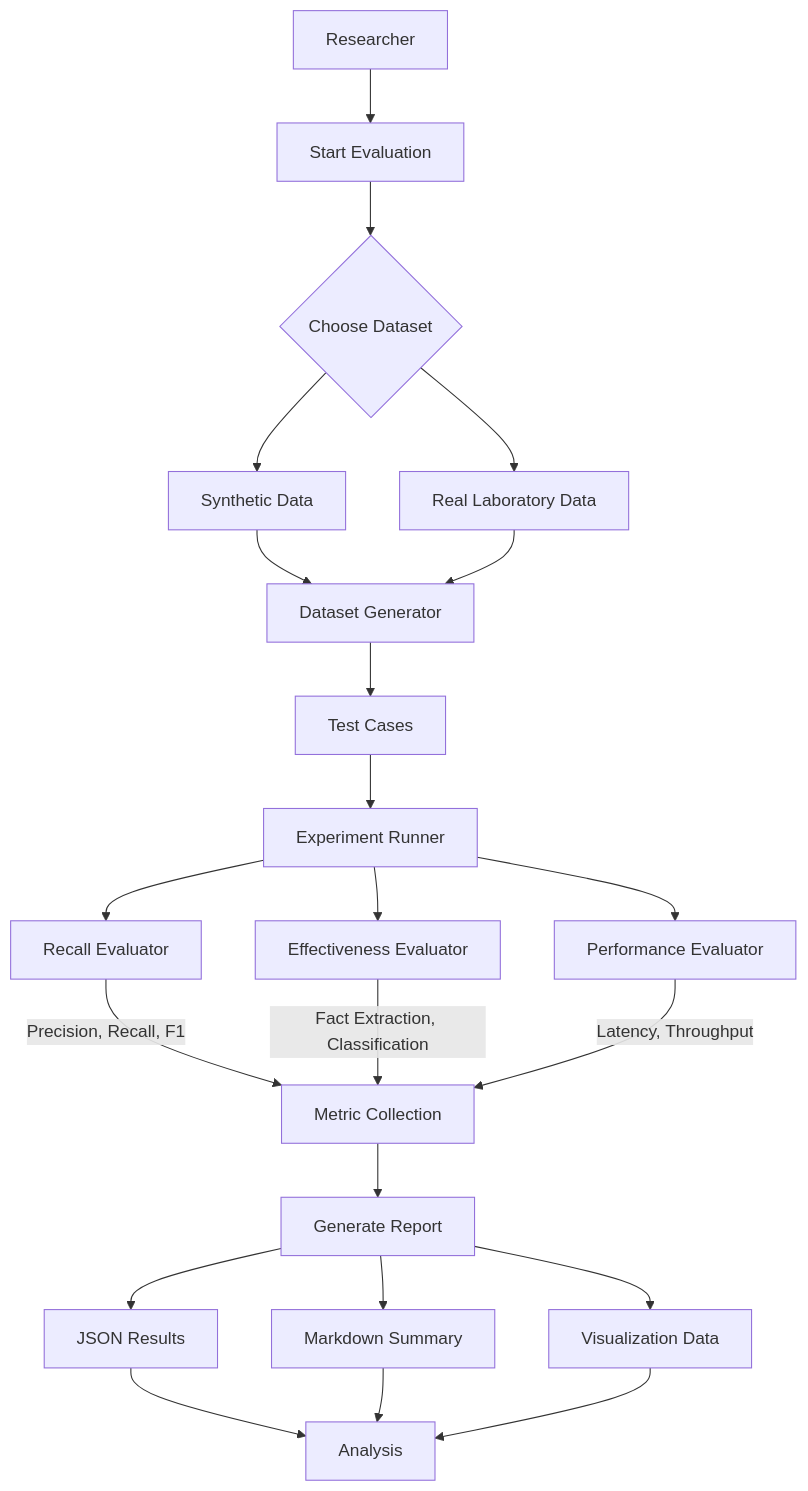
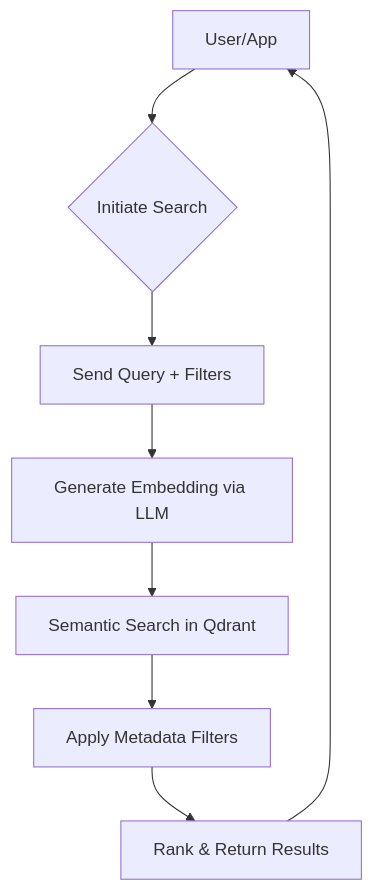
The third of 9 diagrams in litho.docs/3.Workflow.md (sopaco/cortex-mem), drawn with Mermaid before and after one commit. The commit also changed other lines of this file and 14 other files, not shown here.

````diff
--- a/litho.docs/3.Workflow.md
+++ b/litho.docs/3.Workflow.md
@@ -145,24 +125,10 @@
 ```mermaid
 graph TD
-    A[Researcher] --> B[Start Evaluation]
-    B --> C{Choose Dataset}
-    C --> D[Synthetic Data]
-    C --> E[Real Laboratory Data]
-    D --> F[Dataset Generator]
-    E --> F
-    F --> G[Test Cases]
-    G --> H[Experiment Runner]
-    H --> I[Recall Evaluator]
-    H --> J[Effectiveness Evaluator]
-    H --> K[Performance Evaluator]
-    I -->|Precision, Recall, F1| L[Metric Collection]
-    J -->|Fact Extraction, Classification| L
-    K -->|Latency, Throughput| L
-    L --> M[Generate Report]
-    M --> N[JSON Results]
-    M --> O[Markdown Summary]
-    M --> P[Visualization Data]
-    N --> Q[Analysis]
-    O --> Q
-    P --> Q
+    A[User/App] --> B{Initiate Search}
+    B --> C[Send Query + Filters]
+    C --> D[Generate Embedding via LLM]
+    D --> E[Semantic Search in Qdrant]
+    E --> F[Apply Metadata Filters]
+    F --> G[Rank & Return Results]
+    G --> A
 ```
````
